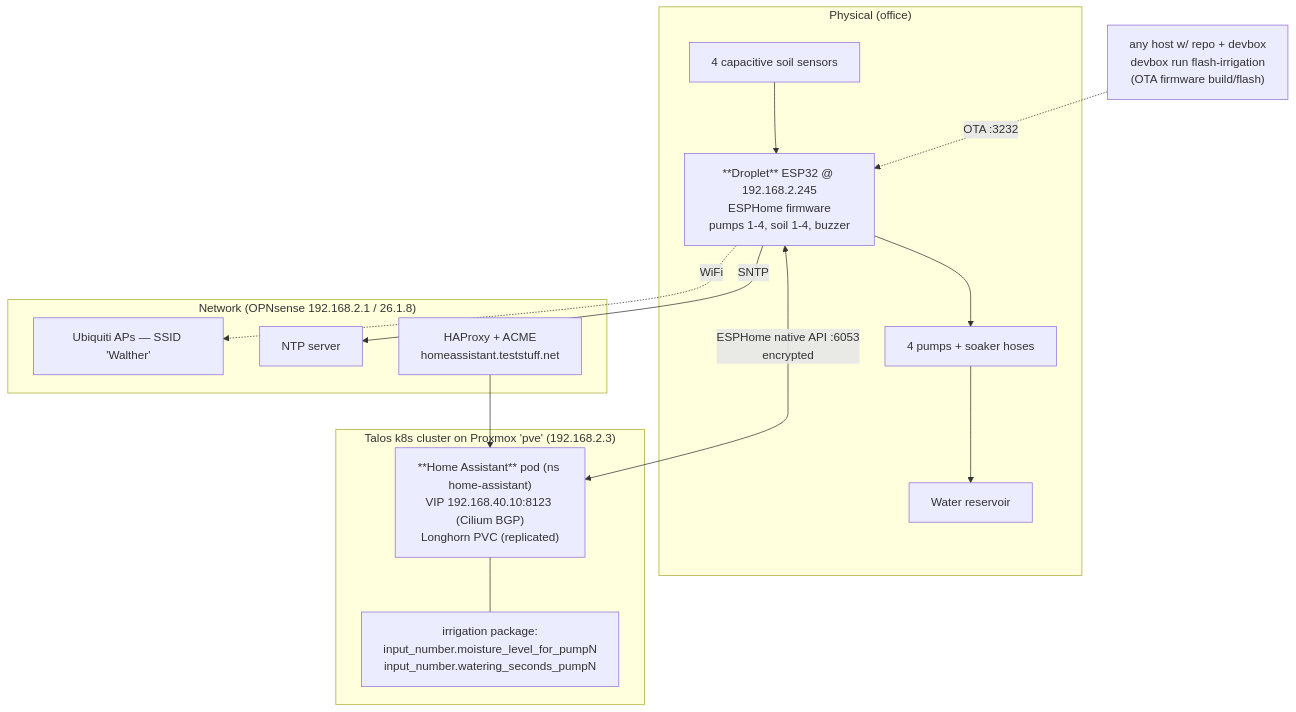
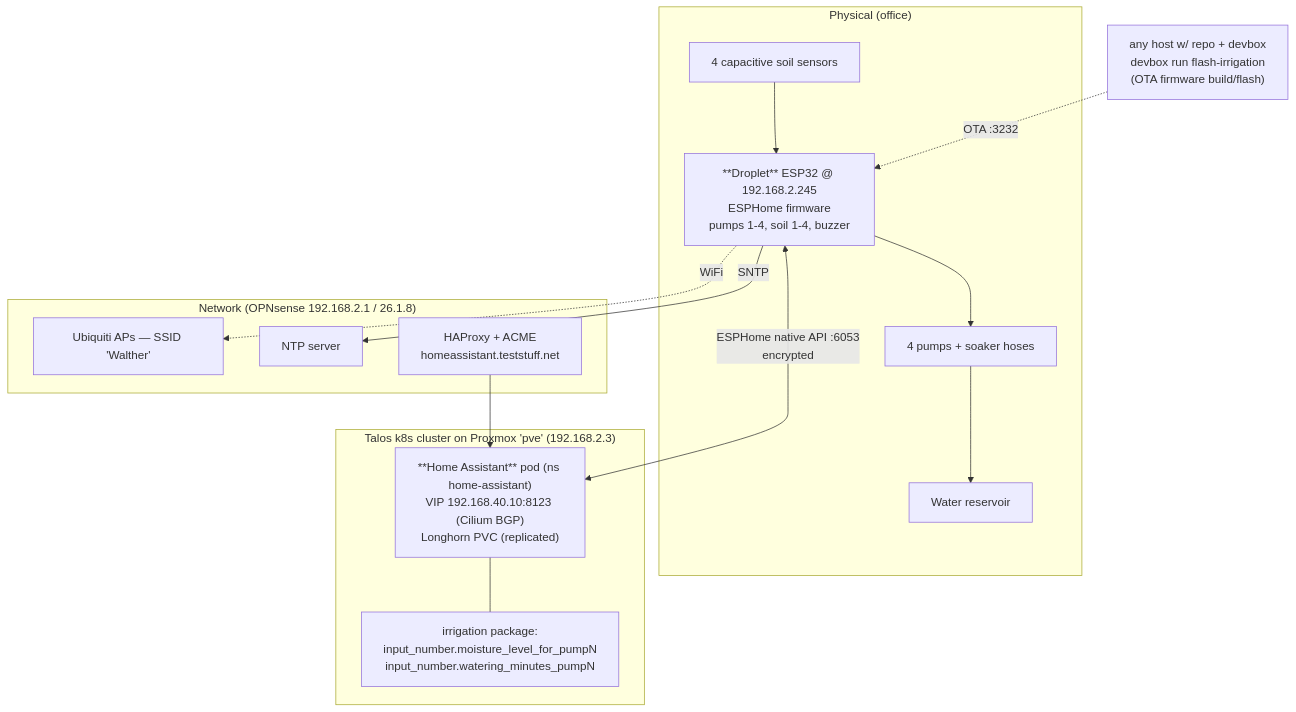
Before and after one commit to teststuffstash/homelab: the second of 4 diagrams in docs/office-plants/README.md, drawn with Mermaid. The commit also changed other lines of this file and 3 other files, not shown here.

````diff
--- a/docs/office-plants/README.md
+++ b/docs/office-plants/README.md
@@ -72,31 +76,31 @@
 ```mermaid
 flowchart TB
     subgraph office["Physical (office)"]
       droplet["**Droplet** ESP32 @ 192.168.2.245<br/>ESPHome firmware<br/>pumps 1-4, soil 1-4, buzzer"]
       pumps["4 pumps + soaker hoses"]
       sensors["4 capacitive soil sensors"]
       reservoir["Water reservoir"]
       droplet --> pumps --> reservoir
       sensors --> droplet
     end
 
     subgraph net["Network (OPNsense 192.168.2.1 / 26.1.8)"]
       aps["Ubiquiti APs — SSID 'Walther'"]
       ntpd["NTP server"]
       haproxy["HAProxy + ACME<br/>homeassistant.teststuff.net"]
     end
 
     subgraph cluster["Talos k8s cluster on Proxmox 'pve' (192.168.2.3)"]
       ha["**Home Assistant** pod (ns home-assistant)<br/>VIP 192.168.40.10:8123 (Cilium BGP)<br/>Longhorn PVC (replicated)"]
-      irr["irrigation package:<br/>input_number.moisture_level_for_pumpN<br/>input_number.watering_seconds_pumpN"]
+      irr["irrigation package:<br/>input_number.moisture_level_for_pumpN<br/>input_number.watering_minutes_pumpN"]
       ha --- irr
     end
 
     popos["any host w/ repo + devbox<br/>devbox run flash-irrigation<br/>(OTA firmware build/flash)"]
 
     droplet -. WiFi .-> aps
     droplet -->|SNTP| ntpd
     droplet <-->|ESPHome native API :6053<br/>encrypted| ha
     popos -. OTA :3232 .-> droplet
     haproxy --> ha
 ```
````
